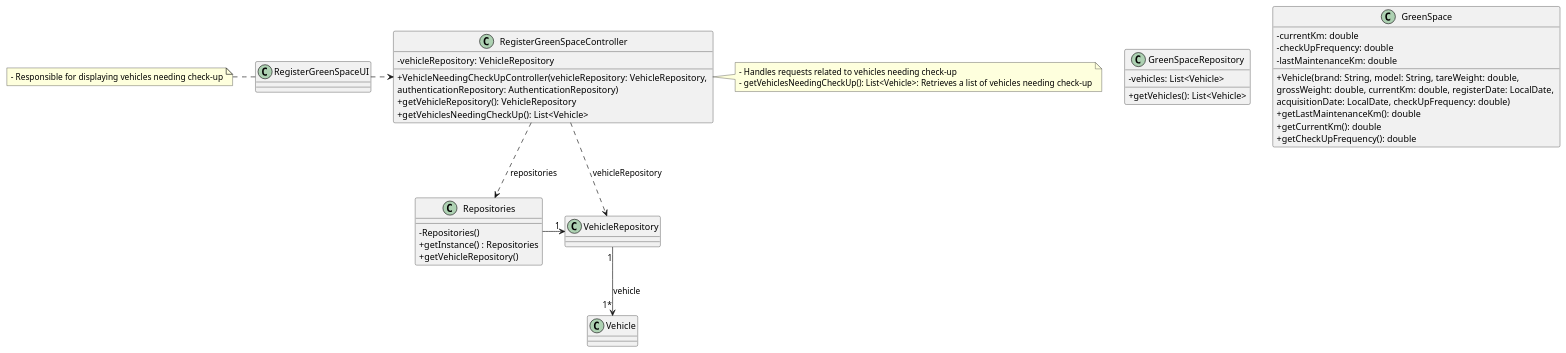
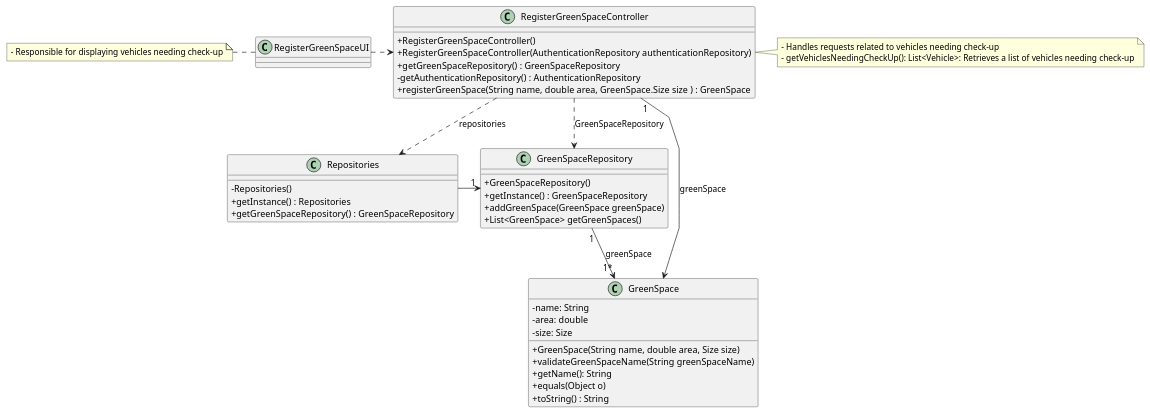
The diagram in docs/SprintC/us020/03.design/puml/us020-class-diagram.puml (Departamento-de-Engenharia-Informatica/lei-24-s2-1df-1de-g063), drawn with PlantUML before and after one commit. The commit also changed 1 other file, not shown here.

```diff
--- a/docs/SprintC/us020/03.design/puml/us020-class-diagram.puml
+++ b/docs/SprintC/us020/03.design/puml/us020-class-diagram.puml
@@ -1,59 +1,67 @@
 @startuml
 'skinparam monochrome true
 skinparam packageStyle rectangle
 skinparam shadowing false
 skinparam linetype polyline
 'skinparam linetype orto
 
 skinparam classAttributeIconSize 0
 
 'left to right direction
 
 class RegisterGreenSpaceUI{
 
 }
 
 note left of RegisterGreenSpaceUI
     - Responsible for displaying vehicles needing check-up
 end note
 
 class RegisterGreenSpaceController{
-    -vehicleRepository: VehicleRepository
-    +VehicleNeedingCheckUpController(vehicleRepository: VehicleRepository, \nauthenticationRepository: AuthenticationRepository)
-    +getVehicleRepository(): VehicleRepository
-    +getVehiclesNeedingCheckUp(): List<Vehicle>
+
+    +RegisterGreenSpaceController()
+    +RegisterGreenSpaceController(AuthenticationRepository authenticationRepository)
+    +getGreenSpaceRepository() : GreenSpaceRepository
+    -getAuthenticationRepository() : AuthenticationRepository
+    +registerGreenSpace(String name, double area, GreenSpace.Size size ) : GreenSpace
 }
 
 note right of RegisterGreenSpaceController
     - Handles requests related to vehicles needing check-up
     - getVehiclesNeedingCheckUp(): List<Vehicle>: Retrieves a list of vehicles needing check-up
 end note
 
 class Repositories{
     - Repositories()
     + getInstance() : Repositories
-    + getVehicleRepository()
+    + getGreenSpaceRepository() : GreenSpaceRepository
 }
 
 class GreenSpaceRepository{
-    -vehicles: List<Vehicle>
-    +getVehicles(): List<Vehicle>
+    +GreenSpaceRepository()
+    +getInstance() : GreenSpaceRepository
+    +addGreenSpace(GreenSpace greenSpace)
+    +List<GreenSpace> getGreenSpaces()
+
 }
 
 class GreenSpace{
-    -currentKm: double
-    -checkUpFrequency: double
-    -lastMaintenanceKm: double
-    +Vehicle(brand: String, model: String, tareWeight: double, \ngrossWeight: double, currentKm: double, registerDate: LocalDate, \nacquisitionDate: LocalDate, checkUpFrequency: double)
-    +getLastMaintenanceKm(): double
-    +getCurrentKm(): double
-    +getCheckUpFrequency(): double
+    -name: String
+    -area: double
+    -size: Size
+
+    +GreenSpace(String name, double area, Size size)
+    +validateGreenSpaceName(String greenSpaceName)
+    +getName(): String
+    +equals(Object o)
+    +toString() : String
 }
 
 RegisterGreenSpaceUI .> RegisterGreenSpaceController
 RegisterGreenSpaceController ..> Repositories : repositories
-Repositories -> "1" VehicleRepository
-RegisterGreenSpaceController ..> VehicleRepository : vehicleRepository
-VehicleRepository "1" --> "1*" Vehicle : vehicle
+Repositories -> "1" GreenSpaceRepository
+RegisterGreenSpaceController ..> GreenSpaceRepository : GreenSpaceRepository
+GreenSpaceRepository "1" --> "1*" GreenSpace : greenSpace
+RegisterGreenSpaceController "1" --> GreenSpace : greenSpace
 
 @enduml
```
